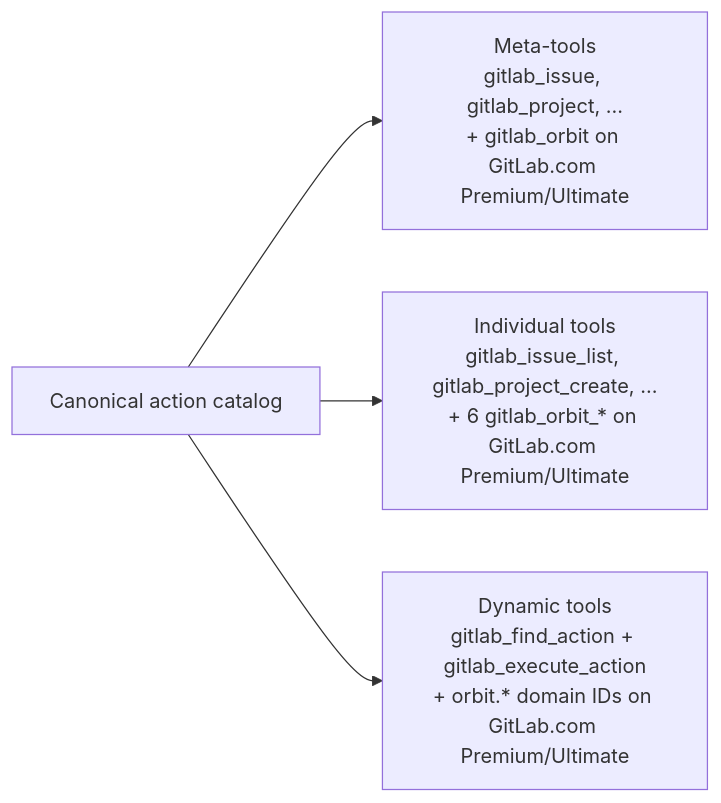
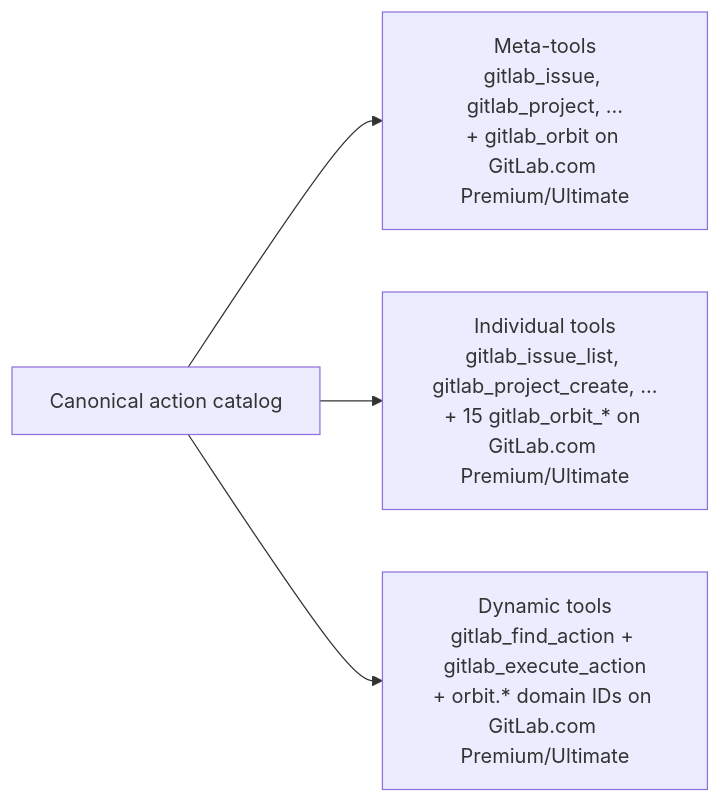
One commit to jmrplens/gitlab-mcp-server changed the fourth of 6 diagrams in site/src/content/docs/architecture.mdx. Above: the diagram before and after it, drawn with Mermaid. The commit also changed other lines of this file and 52 other files, not shown here.

````diff
--- a/site/src/content/docs/architecture.mdx
+++ b/site/src/content/docs/architecture.mdx
@@ -149,6 +149,6 @@
 ```mermaid
 graph LR
     catalog[Canonical action catalog] --> meta["Meta-tools<br/>gitlab_issue, gitlab_project, ...<br/>+ gitlab_orbit on GitLab.com Premium/Ultimate"]
-    catalog --> individual["Individual tools<br/>gitlab_issue_list, gitlab_project_create, ...<br/>+ 6 gitlab_orbit_* on GitLab.com Premium/Ultimate"]
+    catalog --> individual["Individual tools<br/>gitlab_issue_list, gitlab_project_create, ...<br/>+ 15 gitlab_orbit_* on GitLab.com Premium/Ultimate"]
     catalog --> dynamic["Dynamic tools<br/>gitlab_find_action + gitlab_execute_action<br/>+ orbit.* domain IDs on GitLab.com Premium/Ultimate"]
 ```
````
